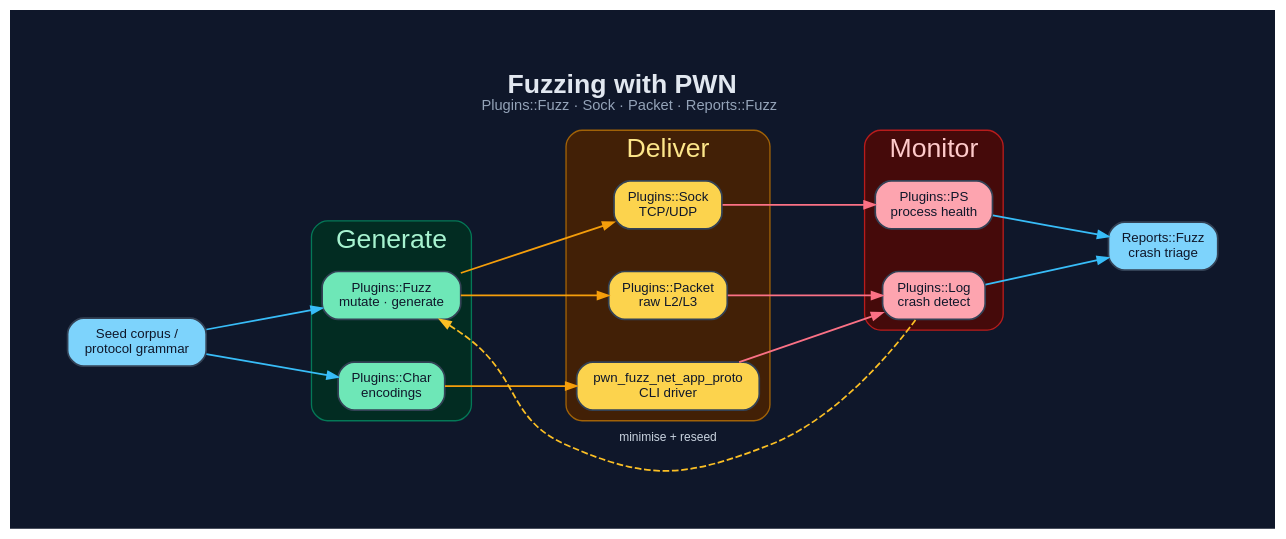
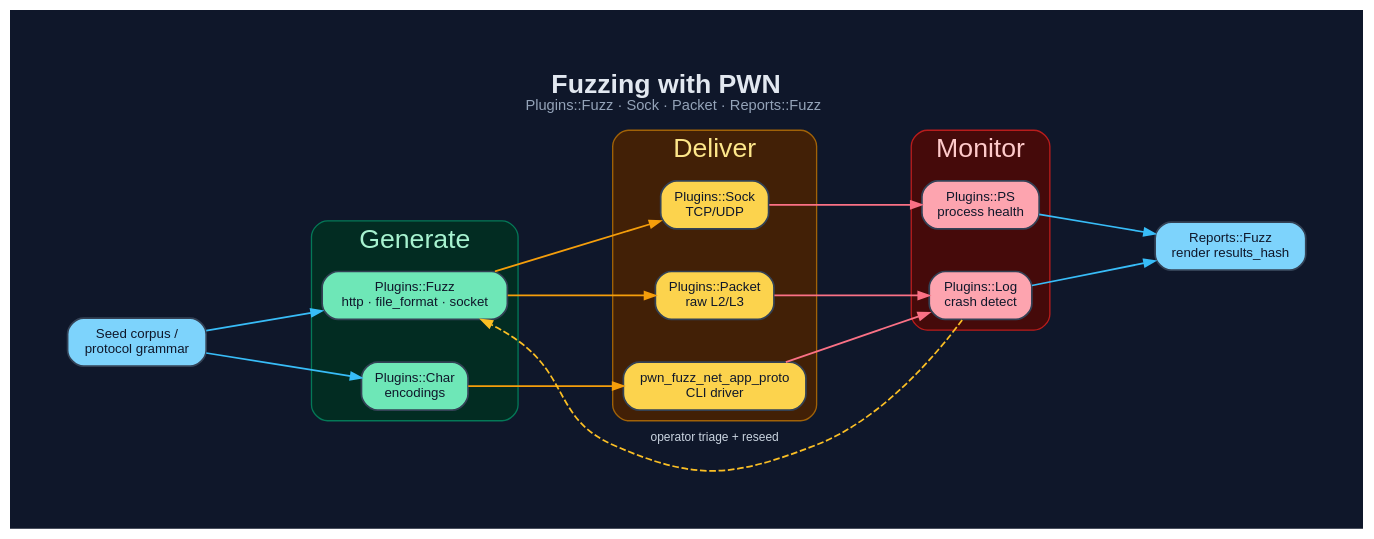
The diagram in documentation/diagrams/dot/fuzzing-workflow.dot (0dayInc/pwn), drawn with Graphviz before and after one commit. The commit also changed 94 other files, not shown here.

```diff
--- a/documentation/diagrams/dot/fuzzing-workflow.dot
+++ b/documentation/diagrams/dot/fuzzing-workflow.dot
@@ -1,47 +1,47 @@
 digraph "PWN_Fuzz" {
   graph [
     label=<<B>Fuzzing with PWN</B><BR/><FONT POINT-SIZE="11" COLOR="#94a3b8">Plugins::Fuzz · Sock · Packet · Reports::Fuzz</FONT>>,
     labelloc=t, fontsize=20, fontname="Helvetica",
     rankdir=LR, splines=spline, nodesep=0.45, ranksep=1.2,
     bgcolor="#0f172a", fontcolor="#e2e8f0", pad=0.6, newrank=true
   ];
   node [fontname="Helvetica", fontsize=10, style="filled,rounded",
         shape=box, penwidth=1.3, color="#334155", fontcolor="#0f172a"];
   edge [fontname="Helvetica", fontsize=9, color="#94a3b8",
         fontcolor="#cbd5e1", penwidth=1.3, arrowsize=0.8];
 
   Seed [label="Seed corpus /\nprotocol grammar", fillcolor="#7dd3fc"];
 
   subgraph cluster_gen {
     label="Generate"; fontcolor="#a7f3d0"; style=rounded;
     color="#047857"; bgcolor="#022c22";
-    Fuzz [label="Plugins::Fuzz\nmutate · generate", fillcolor="#6ee7b7"];
+    Fuzz [label="Plugins::Fuzz\nhttp · file_format · socket", fillcolor="#6ee7b7"];
     Char [label="Plugins::Char\nencodings",         fillcolor="#6ee7b7"];
   }
   subgraph cluster_deliver {
     label="Deliver"; fontcolor="#fde68a"; style=rounded;
     color="#a16207"; bgcolor="#422006";
     Sock   [label="Plugins::Sock\nTCP/UDP",           fillcolor="#fcd34d"];
     Packet [label="Plugins::Packet\nraw L2/L3",       fillcolor="#fcd34d"];
     NetApp [label="pwn_fuzz_net_app_proto\nCLI driver", fillcolor="#fcd34d"];
   }
   subgraph cluster_mon {
     label="Monitor"; fontcolor="#fecaca"; style=rounded;
     color="#b91c1c"; bgcolor="#450a0a";
     PS  [label="Plugins::PS\nprocess health", fillcolor="#fda4af"];
     Log [label="Plugins::Log\ncrash detect",   fillcolor="#fda4af"];
   }
-  Report [label="Reports::Fuzz\ncrash triage", fillcolor="#7dd3fc"];
+  Report [label="Reports::Fuzz\nrender results_hash", fillcolor="#7dd3fc"];
 
   Seed -> Fuzz [color="#38bdf8"];
   Seed -> Char [color="#38bdf8"];
   Fuzz -> Sock   [color="#f59e0b"];
   Fuzz -> Packet [color="#f59e0b"];
   Char -> NetApp [color="#f59e0b"];
   Sock   -> PS  [color="#fb7185"];
   Packet -> Log [color="#fb7185"];
   NetApp -> Log [color="#fb7185"];
   PS  -> Report [color="#38bdf8"];
   Log -> Report [color="#38bdf8"];
-  Log -> Fuzz [label="minimise + reseed", style=dashed, color="#fbbf24", constraint=false];
+  Log -> Fuzz [label="operator triage + reseed", style=dashed, color="#fbbf24", constraint=false];
 }
```
